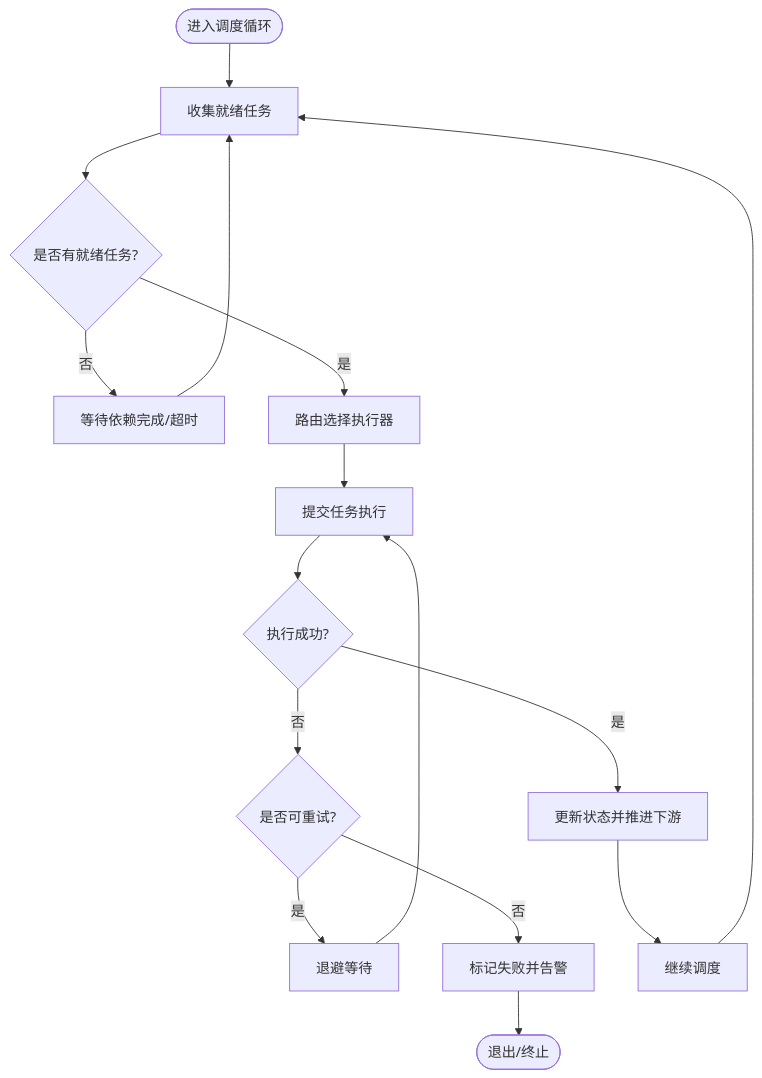
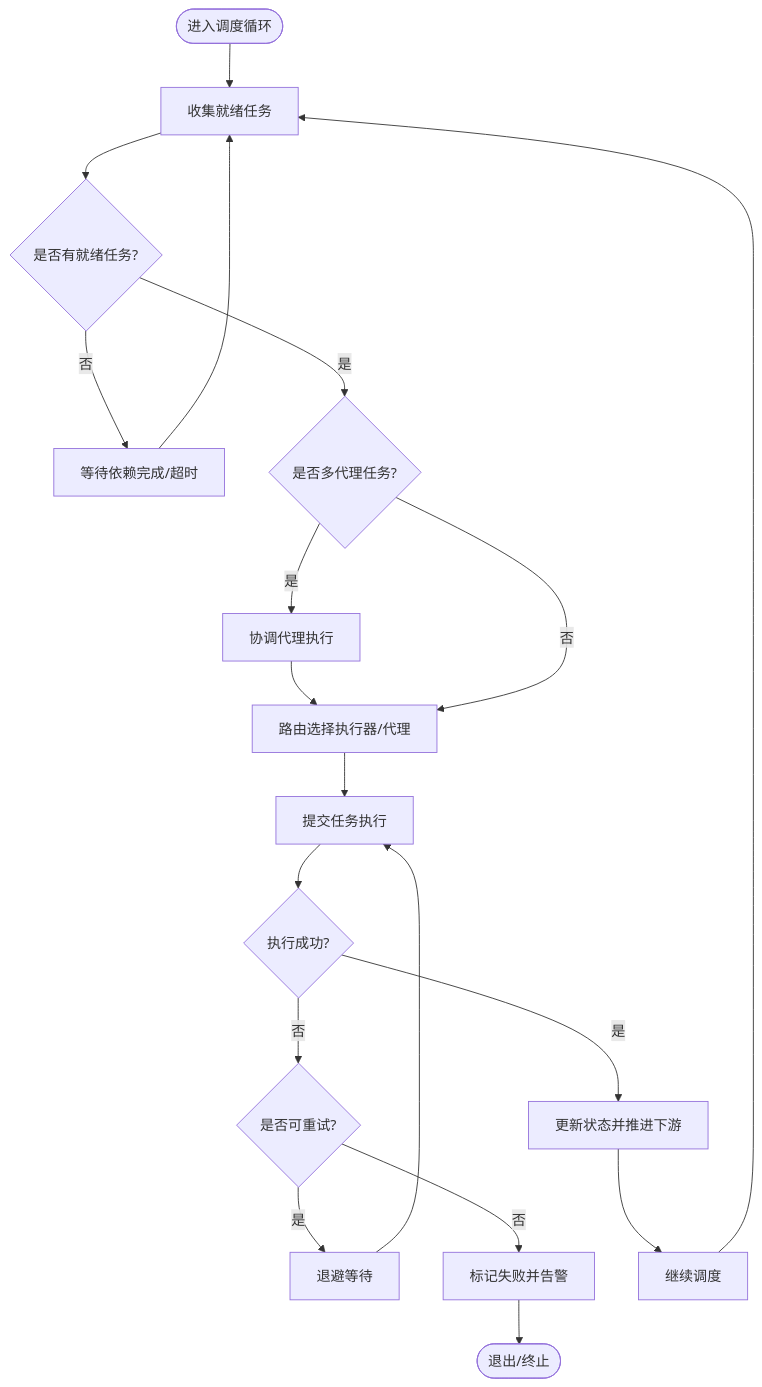
The fifth of 6 diagrams in .qoder/repowiki/zh/content/核心架构/工作流引擎.md (QuStarry/VIB-SparseCommunication), drawn with Mermaid before and after one commit. The commit also changed other lines of this file and 28 other files, not shown here.

````diff
--- a/.qoder/repowiki/zh/content/核心架构/工作流引擎.md
+++ b/.qoder/repowiki/zh/content/核心架构/工作流引擎.md
@@ -279,18 +346,21 @@
 ```mermaid
 flowchart TD
 Start(["进入调度循环"]) --> Ready["收集就绪任务"]
 Ready --> HasReady{"是否有就绪任务?"}
 HasReady -- "否" --> Wait["等待依赖完成/超时"]
 Wait --> Ready
-HasReady -- "是" --> Route["路由选择执行器"]
+HasReady -- "是" --> MultiAgent{"是否多代理任务?"}
+MultiAgent -- "是" --> Coord["协调代理执行"]
+Coord --> Route["路由选择执行器/代理"]
+MultiAgent -- "否" --> Route
 Route --> Submit["提交任务执行"]
 Submit --> Result{"执行成功?"}
 Result -- "是" --> Update["更新状态并推进下游"]
 Result -- "否" --> RetryCheck{"是否可重试?"}
 RetryCheck -- "是" --> Backoff["退避等待"]
 Backoff --> Submit
 RetryCheck -- "否" --> Fail["标记失败并告警"]
 Update --> Next["继续调度"]
 Fail --> End(["退出/终止"])
 Next --> Ready
 ```
````
